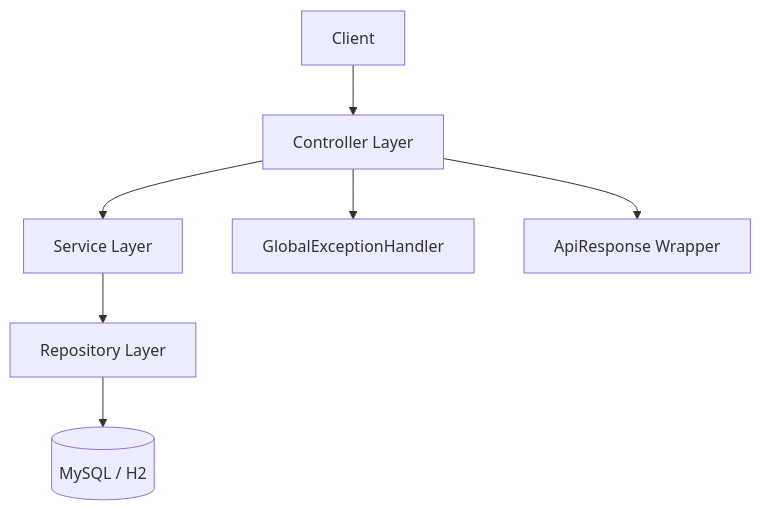
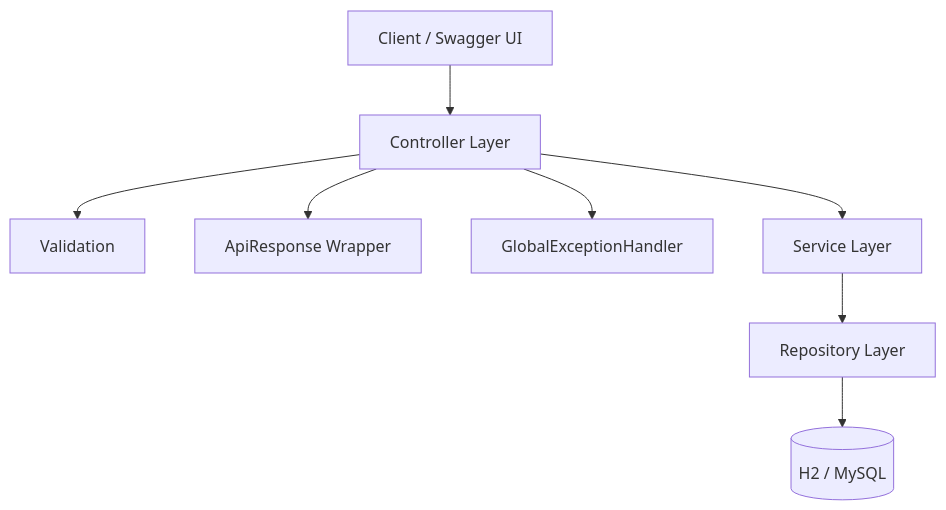
The first of 2 diagrams in README.md (planeter-0/xhs-lite-backend), drawn with Mermaid before and after one commit. The commit also changed other lines of this file, not shown here.

````diff
--- a/README.md
+++ b/README.md
@@ -24,9 +47,10 @@
 ```mermaid
-graph TD
-  A[Client] --> B[Controller Layer]
-  B --> C[Service Layer]
-  C --> D[Repository Layer]
-  D --> E[(MySQL / H2)]
-  B --> F[GlobalExceptionHandler]
-  B --> G[ApiResponse Wrapper]
+flowchart TD
+  A[Client / Swagger UI] --> B[Controller Layer]
+  B --> C[Validation]
+  B --> D[ApiResponse Wrapper]
+  B --> E[GlobalExceptionHandler]
+  B --> F[Service Layer]
+  F --> G[Repository Layer]
+  G --> H[(H2 / MySQL)]
 ```
````
